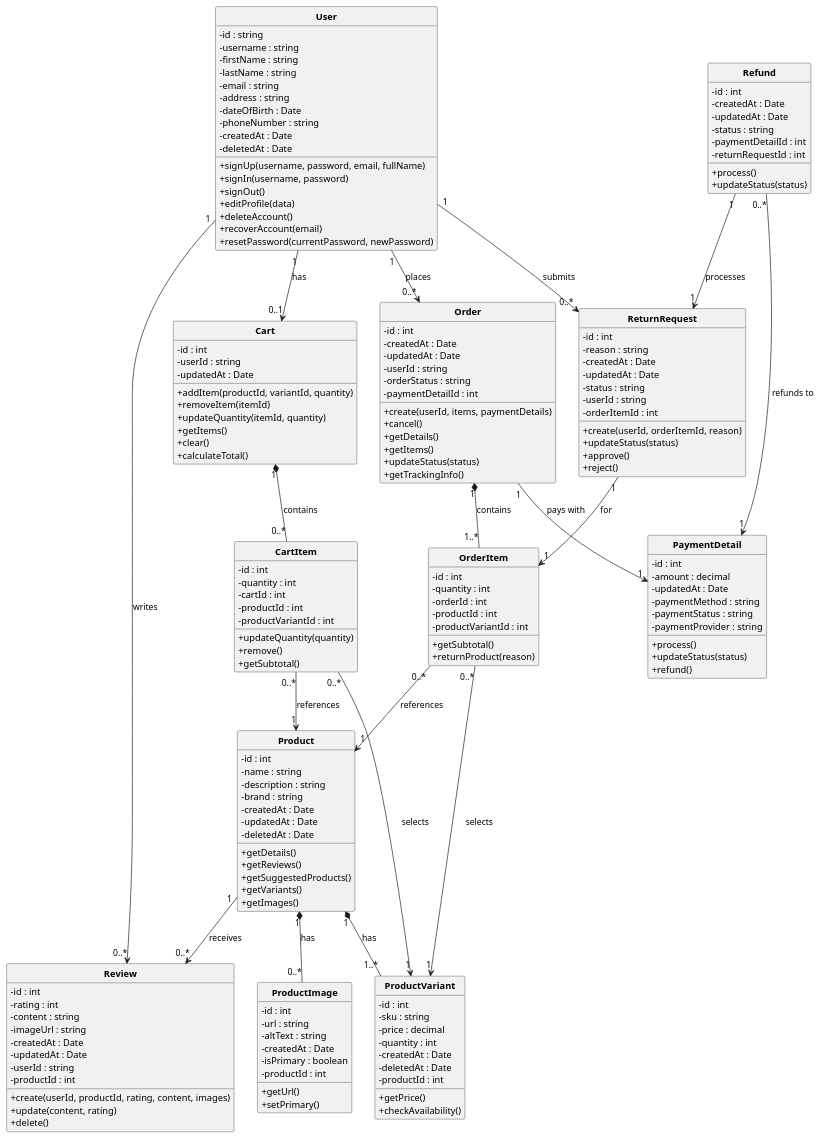
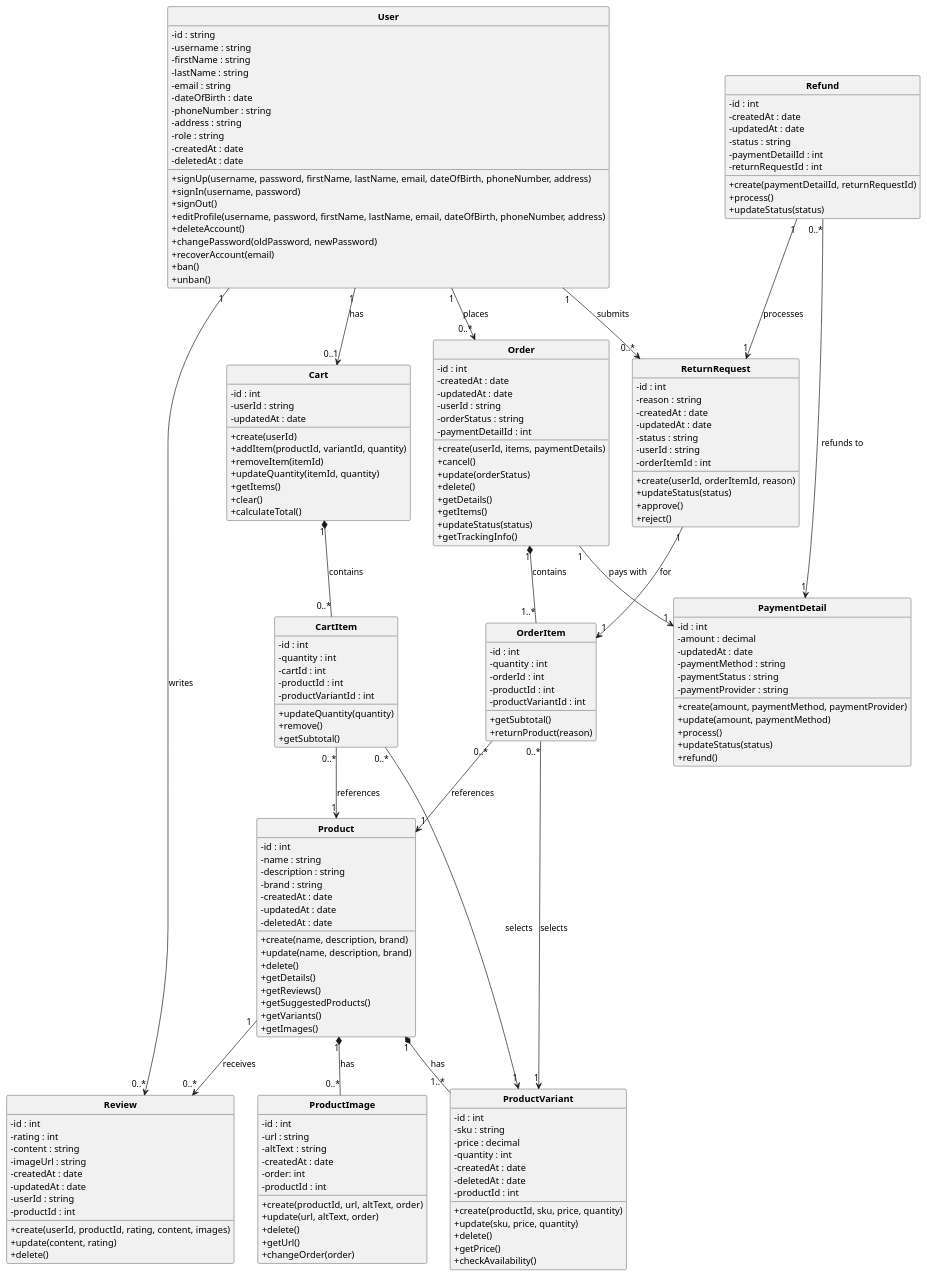
Before and after one commit to electricilies/electricilies.github.io: the diagram in docs/software-docs/class/index.md, drawn with PlantUML. The commit also changed 12 other files, not shown here.

`````diff
--- a/docs/software-docs/class/index.md
+++ b/docs/software-docs/class/index.md
@@ -3,4 +3,4 @@
-````plantuml
+```plantuml
 @startuml
 
 hide circle
@@ -10,177 +10,194 @@
 
 
 class User {
-    - id : string
-    - username : string
-    - firstName : string
-    - lastName : string
-    - email : string
-    - address : string
-    - dateOfBirth : Date
-    - phoneNumber : string
-    - createdAt : Date
-    - deletedAt : Date
+  - id : string
+  - username : string
+  - firstName : string
+  - lastName : string
+  - email : string
+  - dateOfBirth : date
+  - phoneNumber : string
+  - address : string
+  - role : string
+  - createdAt : date
+  - deletedAt : date
 
-    + signUp(username, password, email, fullName)
-    + signIn(username, password)
-    + signOut()
-    + editProfile(data)
-    + deleteAccount()
-    + recoverAccount(email)
-    + resetPassword(currentPassword, newPassword)
+  + signUp(username, password, firstName, lastName, email, dateOfBirth, phoneNumber, address)
+  + signIn(username, password)
+  + signOut()
+  + editProfile(username, password, firstName, lastName, email, dateOfBirth, phoneNumber, address)
+  + deleteAccount()
+  + changePassword(oldPassword, newPassword)
+  + recoverAccount(email)
+  + ban()
+  + unban()
 }
 
+class Product {
+  - id : int
+  - name : string
+  - description : string
+  - brand : string
+  - createdAt : date
+  - updatedAt : date
+  - deletedAt : date
 
-class Product {
-    - id : int
-    - name : string
-    - description : string
-    - brand : string
-    - createdAt : Date
-    - updatedAt : Date
-    - deletedAt : Date
-
-    + getDetails()
-    + getReviews()
-    + getSuggestedProducts()
-    + getVariants()
-    + getImages()
+  + create(name, description, brand)
+  + update(name, description, brand)
+  + delete()
+  + getDetails()
+  + getReviews()
+  + getSuggestedProducts()
+  + getVariants()
+  + getImages()
 }
 
 class ProductVariant {
-    - id : int
-    - sku : string
-    - price : decimal
-    - quantity : int
-    - createdAt : Date
-    - deletedAt : Date
-    - productId : int
+  - id : int
+  - sku : string
+  - price : decimal
+  - quantity : int
+  - createdAt : date
+  - deletedAt : date
+  - productId : int
 
-    + getPrice()
-    + checkAvailability()
+  + create(productId, sku, price, quantity)
+  + update(sku, price, quantity)
+  + delete()
+  + getPrice()
+  + checkAvailability()
 }
 
 class ProductImage {
-    - id : int
-    - url : string
-    - altText : string
-    - createdAt : Date
-    - isPrimary : boolean
-    - productId : int
+  - id : int
+  - url : string
+  - altText : string
+  - createdAt : date
+  - order: int
+  - productId : int
 
-    + getUrl()
-    + setPrimary()
+  + create(productId, url, altText, order)
+  + update(url, altText, order)
+  + delete()
+  + getUrl()
+  + changeOrder(order)
 }
 
 class Review {
-    - id : int
-    - rating : int
-    - content : string
-    - imageUrl : string
-    - createdAt : Date
-    - updatedAt : Date
-    - userId : string
-    - productId : int
+  - id : int
+  - rating : int
+  - content : string
+  - imageUrl : string
+  - createdAt : date
+  - updatedAt : date
+  - userId : string
+  - productId : int
 
-    + create(userId, productId, rating, content, images)
-    + update(content, rating)
-    + delete()
+  + create(userId, productId, rating, content, images)
+  + update(content, rating)
+  + delete()
 }
 
 
 class Cart {
-    - id : int
-    - userId : string
-    - updatedAt : Date
+  - id : int
+  - userId : string
+  - updatedAt : date
 
-    + addItem(productId, variantId, quantity)
-    + removeItem(itemId)
-    + updateQuantity(itemId, quantity)
-    + getItems()
-    + clear()
-    + calculateTotal()
+  + create(userId)
+  + addItem(productId, variantId, quantity)
+  + removeItem(itemId)
+  + updateQuantity(itemId, quantity)
+  + getItems()
+  + clear()
+  + calculateTotal()
 }
 
 class CartItem {
-    - id : int
-    - quantity : int
-    - cartId : int
-    - productId : int
-    - productVariantId : int
+  - id : int
+  - quantity : int
+  - cartId : int
+  - productId : int
+  - productVariantId : int
 
-    + updateQuantity(quantity)
-    + remove()
-    + getSubtotal()
+  + updateQuantity(quantity)
+  + remove()
+  + getSubtotal()
 }
 
 
 class Order {
-    - id : int
-    - createdAt : Date
-    - updatedAt : Date
-    - userId : string
-    - orderStatus : string
-    - paymentDetailId : int
+  - id : int
+  - createdAt : date
+  - updatedAt : date
+  - userId : string
+  - orderStatus : string
+  - paymentDetailId : int
 
-    + create(userId, items, paymentDetails)
-    + cancel()
-    + getDetails()
-    + getItems()
-    + updateStatus(status)
-    + getTrackingInfo()
+  + create(userId, items, paymentDetails)
+  + cancel()
+  + update(orderStatus)
+  + delete()
+  + getDetails()
+  + getItems()
+  + updateStatus(status)
+  + getTrackingInfo()
 }
 
 class OrderItem {
-    - id : int
-    - quantity : int
-    - orderId : int
-    - productId : int
-    - productVariantId : int
+  - id : int
+  - quantity : int
+  - orderId : int
+  - productId : int
+  - productVariantId : int
 
-    + getSubtotal()
-    + returnProduct(reason)
+  + getSubtotal()
+  + returnProduct(reason)
 }
 
 
 class PaymentDetail {
-    - id : int
-    - amount : decimal
-    - updatedAt : Date
-    - paymentMethod : string
-    - paymentStatus : string
-    - paymentProvider : string
+  - id : int
+  - amount : decimal
+  - updatedAt : date
+  - paymentMethod : string
+  - paymentStatus : string
+  - paymentProvider : string
 
-    + process()
-    + updateStatus(status)
-    + refund()
+  + create(amount, paymentMethod, paymentProvider)
+  + update(amount, paymentMethod)
+  + process()
+  + updateStatus(status)
+  + refund()
 }
 
 
 class ReturnRequest {
-    - id : int
-    - reason : string
-    - createdAt : Date
-    - updatedAt : Date
-    - status : string
-    - userId : string
-    - orderItemId : int
+  - id : int
+  - reason : string
+  - createdAt : date
+  - updatedAt : date
+  - status : string
+  - userId : string
+  - orderItemId : int
 
-    + create(userId, orderItemId, reason)
-    + updateStatus(status)
-    + approve()
-    + reject()
+  + create(userId, orderItemId, reason)
+  + updateStatus(status)
+  + approve()
+  + reject()
 }
 
 class Refund {
-    - id : int
-    - createdAt : Date
-    - updatedAt : Date
-    - status : string
-    - paymentDetailId : int
-    - returnRequestId : int
+  - id : int
+  - createdAt : date
+  - updatedAt : date
+  - status : string
+  - paymentDetailId : int
+  - returnRequestId : int
 
-    + process()
-    + updateStatus(status)
+  + create(paymentDetailId, returnRequestId)
+  + process()
+  + updateStatus(status)
 }
 
 
@@ -206,7 +223,6 @@
 ReturnRequest "1" --> "1" OrderItem : for
 Refund "1" --> "1" ReturnRequest : processes
 Refund "0..*" --> "1" PaymentDetail : refunds to
-@enduml```
 
-<!-- diagram id="class-diagram" -->
-````
+@enduml
+```
`````
